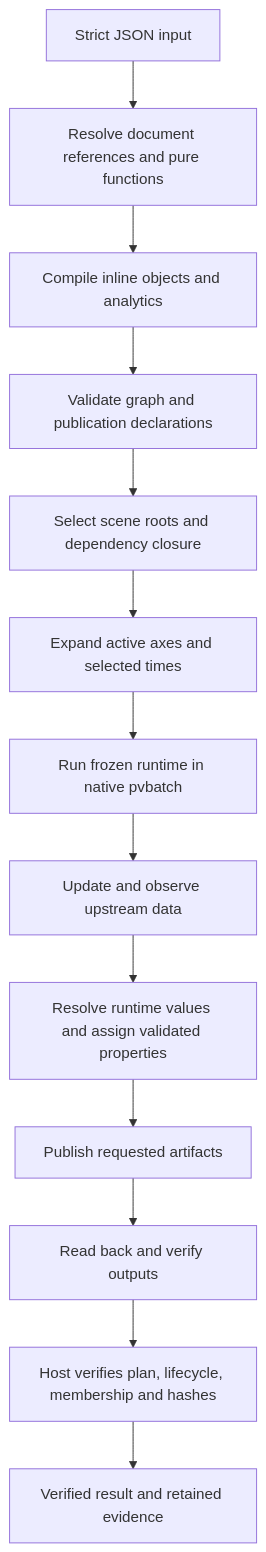
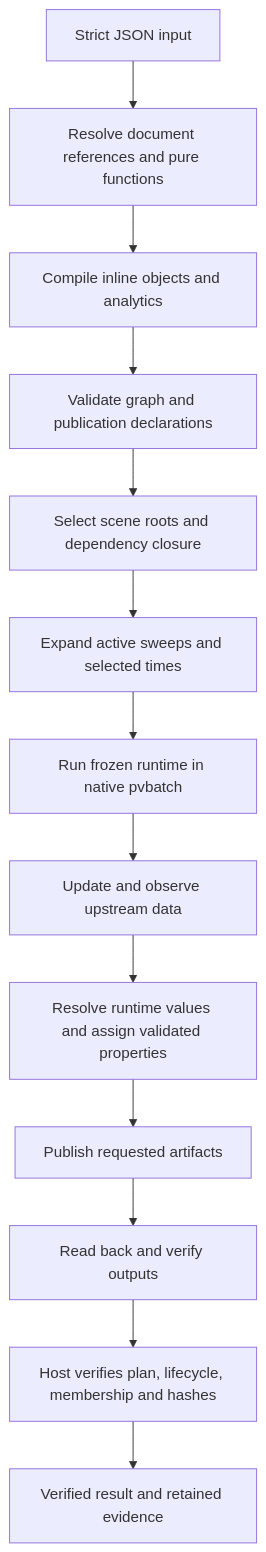
Before and after one commit to schemaxis/schemaxis: the first of 3 diagrams in docs/paraview-guide.md, drawn with Mermaid. The commit also changed other lines of this file and 626 other files, not shown here.

````diff
--- a/docs/paraview-guide.md
+++ b/docs/paraview-guide.md
@@ -55,15 +55,15 @@
 ```mermaid
 flowchart TD
   A[Strict JSON input] --> B[Resolve document references and pure functions]
   B --> C[Compile inline objects and analytics]
   C --> D[Validate graph and publication declarations]
   D --> E[Select scene roots and dependency closure]
-  E --> F[Expand active axes and selected times]
+  E --> F[Expand active sweeps and selected times]
   F --> G[Run frozen runtime in native pvbatch]
   G --> H[Update and observe upstream data]
   H --> I[Resolve runtime values and assign validated properties]
   I --> J[Publish requested artifacts]
   J --> K[Read back and verify outputs]
   K --> L[Host verifies plan, lifecycle, membership and hashes]
   L --> M[Verified result and retained evidence]
 ```
````
